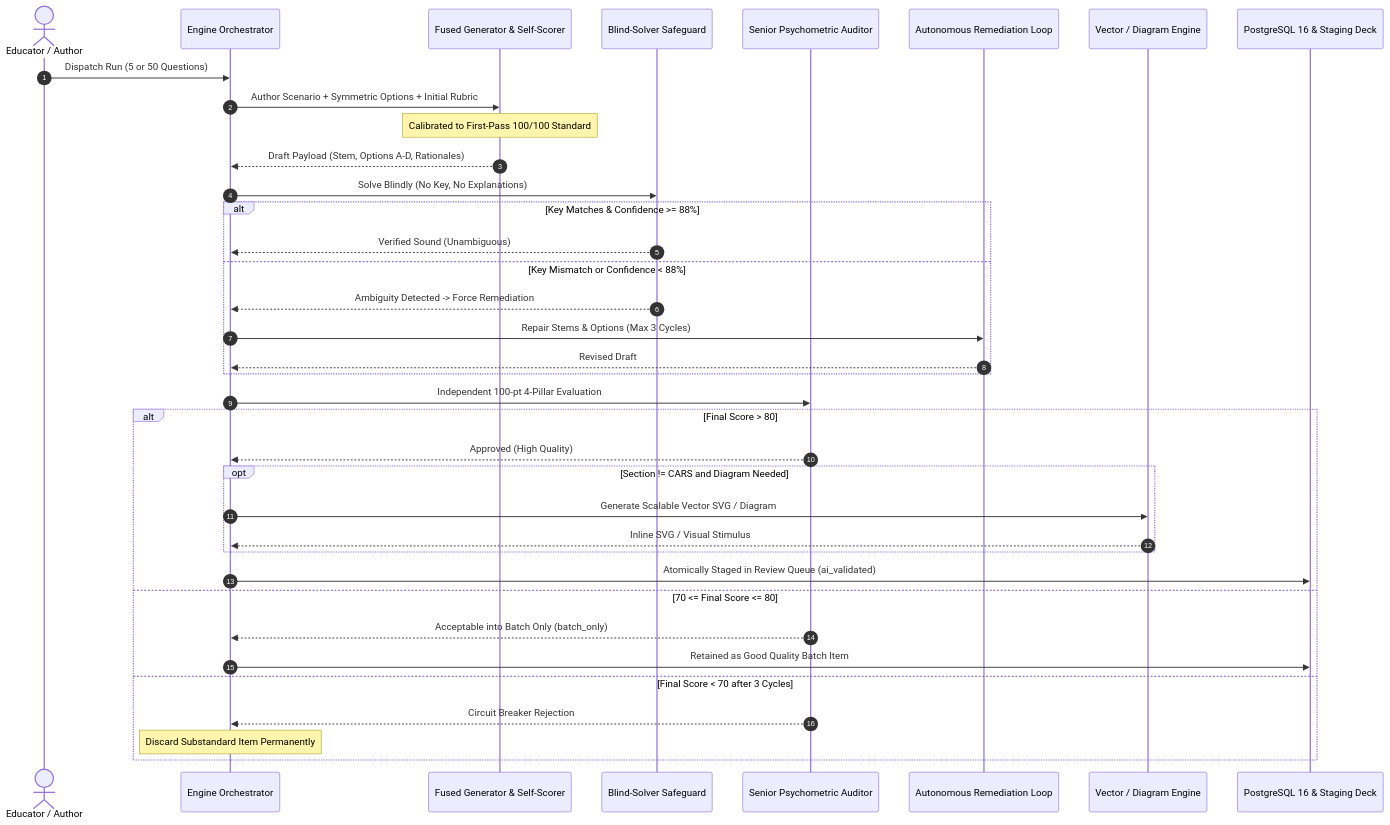
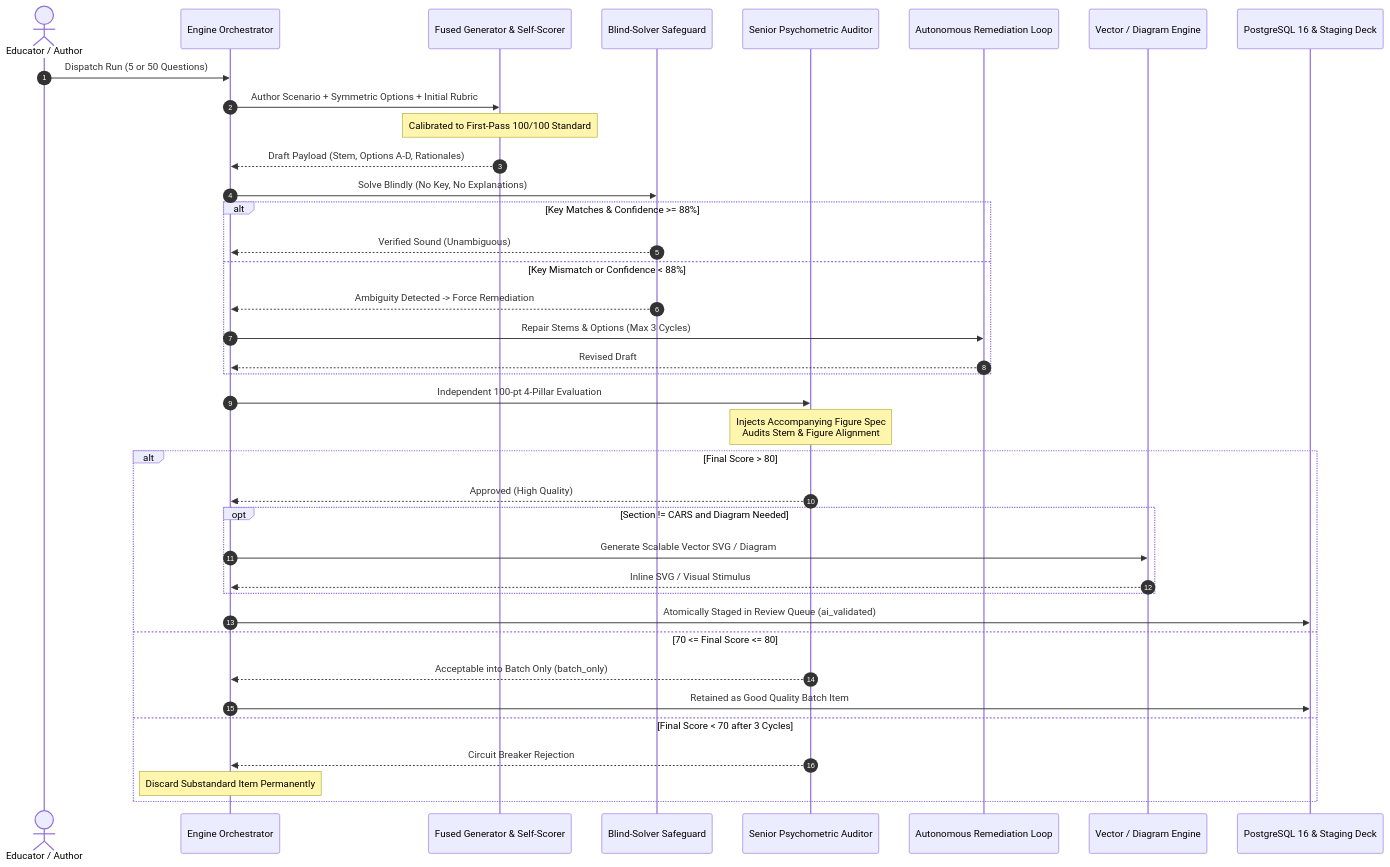
One commit to VishwamPatel-Infynno/Question-Bank-Generator changed the second of 6 diagrams in docs/CLIENT_SYSTEM_AND_WORKFLOW_GUIDE.md. Above: the diagram before and after it, drawn with Mermaid. The commit also changed other lines of this file and 40 other files, not shown here.

````diff
--- a/docs/CLIENT_SYSTEM_AND_WORKFLOW_GUIDE.md
+++ b/docs/CLIENT_SYSTEM_AND_WORKFLOW_GUIDE.md
@@ -86,42 +86,43 @@
 ```mermaid
 sequenceDiagram
     autonumber
     actor Educator as Educator / Author
     participant Orchestrator as Engine Orchestrator
     participant FusedGen as Fused Generator & Self-Scorer
     participant BlindSolver as Blind-Solver Safeguard
     participant Auditor as Senior Psychometric Auditor
     participant Remediator as Autonomous Remediation Loop
     participant StimulusEngine as Vector / Diagram Engine
     participant DB as PostgreSQL 16 & Staging Deck
 
     Educator->>Orchestrator: Dispatch Run (5 or 50 Questions)
     Orchestrator->>FusedGen: Author Scenario + Symmetric Options + Initial Rubric
     Note over FusedGen: Calibrated to First-Pass 100/100 Standard
     FusedGen-->>Orchestrator: Draft Payload (Stem, Options A-D, Rationales)
     
     Orchestrator->>BlindSolver: Solve Blindly (No Key, No Explanations)
     alt Key Matches & Confidence >= 88%
         BlindSolver-->>Orchestrator: Verified Sound (Unambiguous)
     else Key Mismatch or Confidence < 88%
         BlindSolver-->>Orchestrator: Ambiguity Detected -> Force Remediation
         Orchestrator->>Remediator: Repair Stems & Options (Max 3 Cycles)
         Remediator-->>Orchestrator: Revised Draft
     end
 
     Orchestrator->>Auditor: Independent 100-pt 4-Pillar Evaluation
+    Note over Auditor: Injects Accompanying Figure Spec<br/>Audits Stem & Figure Alignment
     alt Final Score > 80
         Auditor-->>Orchestrator: Approved (High Quality)
         opt Section != CARS and Diagram Needed
             Orchestrator->>StimulusEngine: Generate Scalable Vector SVG / Diagram
             StimulusEngine-->>Orchestrator: Inline SVG / Visual Stimulus
         end
         Orchestrator->>DB: Atomically Staged in Review Queue (ai_validated)
     else 70 <= Final Score <= 80
         Auditor-->>Orchestrator: Acceptable into Batch Only (batch_only)
         Orchestrator->>DB: Retained as Good Quality Batch Item
     else Final Score < 70 after 3 Cycles
         Auditor-->>Orchestrator: Circuit Breaker Rejection
         Note over Orchestrator: Discard Substandard Item Permanently
     end
 ```
````
